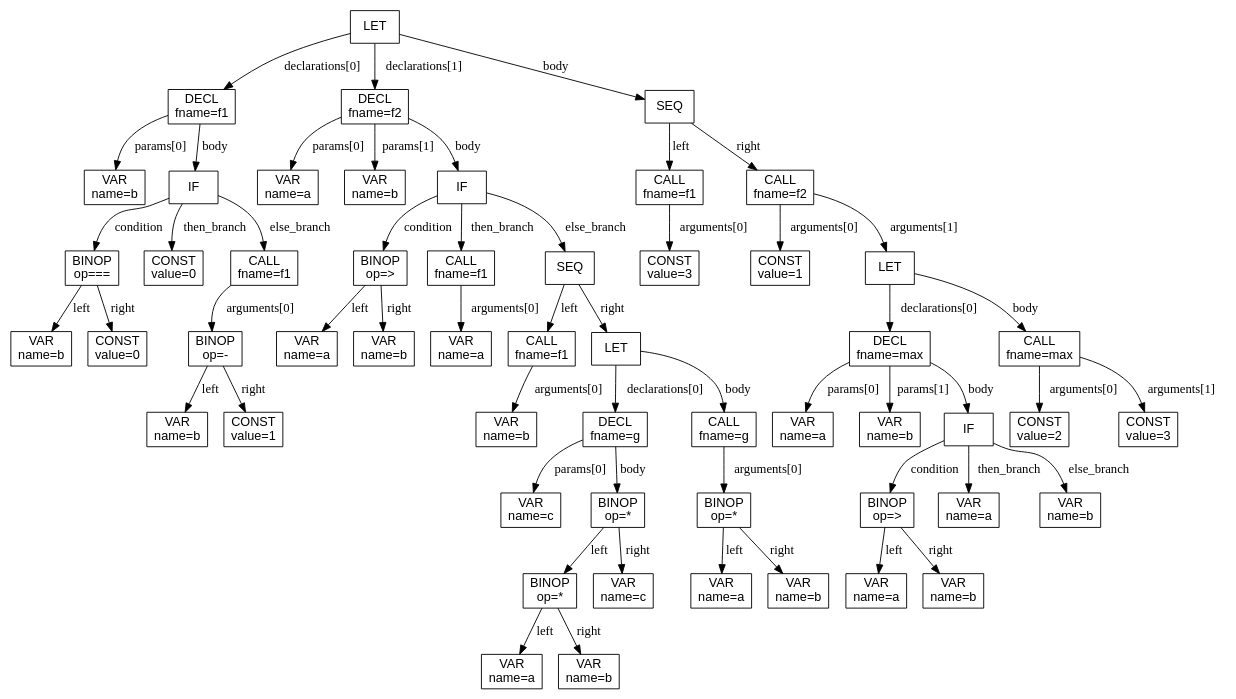
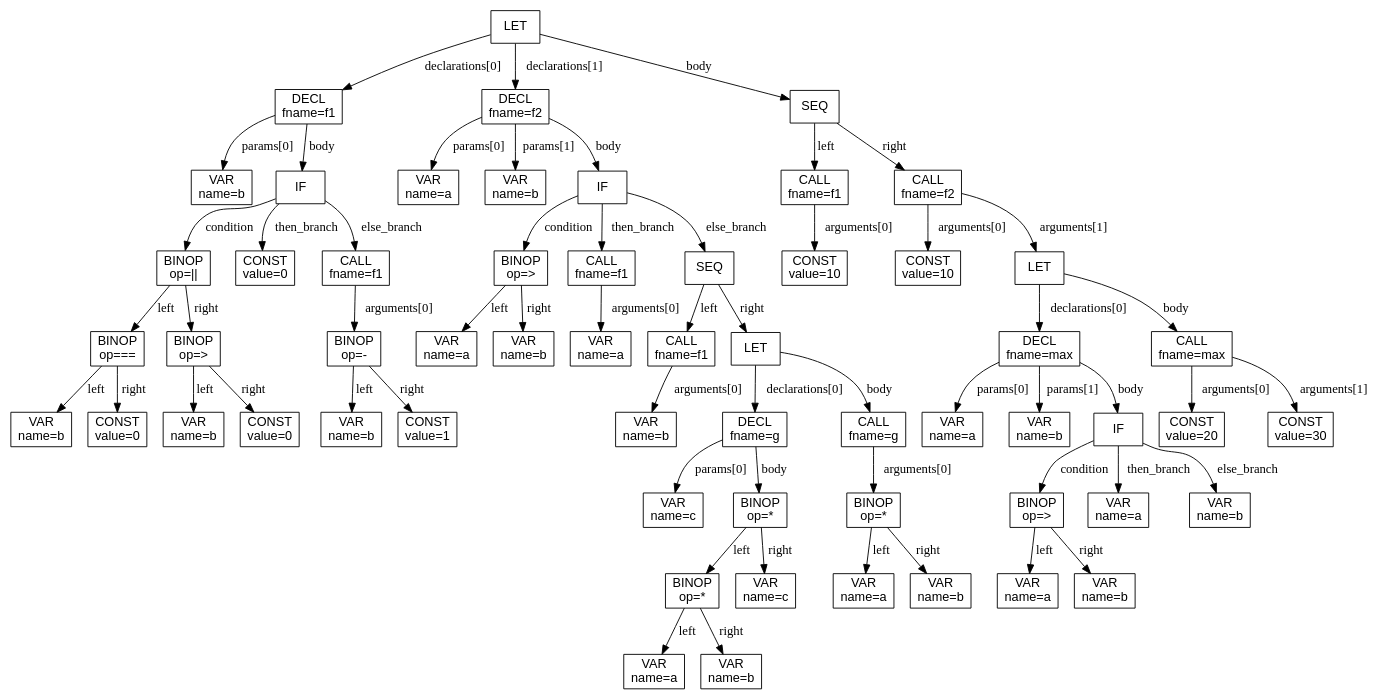
The diagram in Universität/Übersetzung und Analyse von Programmen/Projekte/Projekt_3/uap25_pro3_python/dotFiles/complex.ast.dot (mjanssen0212-spec/private), drawn with Graphviz before and after one commit. The commit also changed 7 other files, not shown here.

```diff
--- a/Universität/Übersetzung und Analyse von Programmen/Projekte/Projekt_3/uap25_pro3_python/dotFiles/complex.ast.dot
+++ b/Universität/Übersetzung und Analyse von Programmen/Projekte/Projekt_3/uap25_pro3_python/dotFiles/complex.ast.dot
@@ -1,110 +1,118 @@
 digraph AST {
   node [shape=box, fontname="Arial"];
   n0 [label="LET"];
   n1 [label="DECL\nfname=f1"];
   n2 [label="VAR\nname=b"];
   n1 -> n2 [label="params[0]"];
   n3 [label="IF"];
-  n4 [label="BINOP\nop==="];
-  n5 [label="VAR\nname=b"];
+  n4 [label="BINOP\nop=||"];
+  n5 [label="BINOP\nop==="];
+  n6 [label="VAR\nname=b"];
+  n5 -> n6 [label="left"];
+  n7 [label="CONST\nvalue=0"];
+  n5 -> n7 [label="right"];
   n4 -> n5 [label="left"];
-  n6 [label="CONST\nvalue=0"];
-  n4 -> n6 [label="right"];
+  n8 [label="BINOP\nop=&gt;"];
+  n9 [label="VAR\nname=b"];
+  n8 -> n9 [label="left"];
+  n10 [label="CONST\nvalue=0"];
+  n8 -> n10 [label="right"];
+  n4 -> n8 [label="right"];
   n3 -> n4 [label="condition"];
-  n7 [label="CONST\nvalue=0"];
-  n3 -> n7 [label="then_branch"];
-  n8 [label="CALL\nfname=f1"];
-  n9 [label="BINOP\nop=-"];
-  n10 [label="VAR\nname=b"];
-  n9 -> n10 [label="left"];
-  n11 [label="CONST\nvalue=1"];
-  n9 -> n11 [label="right"];
-  n8 -> n9 [label="arguments[0]"];
-  n3 -> n8 [label="else_branch"];
+  n11 [label="CONST\nvalue=0"];
+  n3 -> n11 [label="then_branch"];
+  n12 [label="CALL\nfname=f1"];
+  n13 [label="BINOP\nop=-"];
+  n14 [label="VAR\nname=b"];
+  n13 -> n14 [label="left"];
+  n15 [label="CONST\nvalue=1"];
+  n13 -> n15 [label="right"];
+  n12 -> n13 [label="arguments[0]"];
+  n3 -> n12 [label="else_branch"];
   n1 -> n3 [label="body"];
   n0 -> n1 [label="declarations[0]"];
-  n12 [label="DECL\nfname=f2"];
-  n13 [label="VAR\nname=a"];
-  n12 -> n13 [label="params[0]"];
-  n14 [label="VAR\nname=b"];
-  n12 -> n14 [label="params[1]"];
-  n15 [label="IF"];
-  n16 [label="BINOP\nop=&gt;"];
+  n16 [label="DECL\nfname=f2"];
   n17 [label="VAR\nname=a"];
-  n16 -> n17 [label="left"];
+  n16 -> n17 [label="params[0]"];
   n18 [label="VAR\nname=b"];
-  n16 -> n18 [label="right"];
-  n15 -> n16 [label="condition"];
-  n19 [label="CALL\nfname=f1"];
-  n20 [label="VAR\nname=a"];
-  n19 -> n20 [label="arguments[0]"];
-  n15 -> n19 [label="then_branch"];
-  n21 [label="SEQ"];
-  n22 [label="CALL\nfname=f1"];
-  n23 [label="VAR\nname=b"];
-  n22 -> n23 [label="arguments[0]"];
-  n21 -> n22 [label="left"];
-  n24 [label="LET"];
-  n25 [label="DECL\nfname=g"];
-  n26 [label="VAR\nname=c"];
-  n25 -> n26 [label="params[0]"];
-  n27 [label="BINOP\nop=*"];
-  n28 [label="BINOP\nop=*"];
-  n29 [label="VAR\nname=a"];
-  n28 -> n29 [label="left"];
-  n30 [label="VAR\nname=b"];
-  n28 -> n30 [label="right"];
-  n27 -> n28 [label="left"];
-  n31 [label="VAR\nname=c"];
-  n27 -> n31 [label="right"];
-  n25 -> n27 [label="body"];
-  n24 -> n25 [label="declarations[0]"];
-  n32 [label="CALL\nfname=g"];
-  n33 [label="BINOP\nop=*"];
-  n34 [label="VAR\nname=a"];
-  n33 -> n34 [label="left"];
-  n35 [label="VAR\nname=b"];
-  n33 -> n35 [label="right"];
-  n32 -> n33 [label="arguments[0]"];
-  n24 -> n32 [label="body"];
-  n21 -> n24 [label="right"];
-  n15 -> n21 [label="else_branch"];
-  n12 -> n15 [label="body"];
-  n0 -> n12 [label="declarations[1]"];
-  n36 [label="SEQ"];
-  n37 [label="CALL\nfname=f1"];
-  n38 [label="CONST\nvalue=3"];
-  n37 -> n38 [label="arguments[0]"];
-  n36 -> n37 [label="left"];
-  n39 [label="CALL\nfname=f2"];
-  n40 [label="CONST\nvalue=1"];
-  n39 -> n40 [label="arguments[0]"];
-  n41 [label="LET"];
-  n42 [label="DECL\nfname=max"];
-  n43 [label="VAR\nname=a"];
-  n42 -> n43 [label="params[0]"];
-  n44 [label="VAR\nname=b"];
-  n42 -> n44 [label="params[1]"];
-  n45 [label="IF"];
-  n46 [label="BINOP\nop=&gt;"];
+  n16 -> n18 [label="params[1]"];
+  n19 [label="IF"];
+  n20 [label="BINOP\nop=&gt;"];
+  n21 [label="VAR\nname=a"];
+  n20 -> n21 [label="left"];
+  n22 [label="VAR\nname=b"];
+  n20 -> n22 [label="right"];
+  n19 -> n20 [label="condition"];
+  n23 [label="CALL\nfname=f1"];
+  n24 [label="VAR\nname=a"];
+  n23 -> n24 [label="arguments[0]"];
+  n19 -> n23 [label="then_branch"];
+  n25 [label="SEQ"];
+  n26 [label="CALL\nfname=f1"];
+  n27 [label="VAR\nname=b"];
+  n26 -> n27 [label="arguments[0]"];
+  n25 -> n26 [label="left"];
+  n28 [label="LET"];
+  n29 [label="DECL\nfname=g"];
+  n30 [label="VAR\nname=c"];
+  n29 -> n30 [label="params[0]"];
+  n31 [label="BINOP\nop=*"];
+  n32 [label="BINOP\nop=*"];
+  n33 [label="VAR\nname=a"];
+  n32 -> n33 [label="left"];
+  n34 [label="VAR\nname=b"];
+  n32 -> n34 [label="right"];
+  n31 -> n32 [label="left"];
+  n35 [label="VAR\nname=c"];
+  n31 -> n35 [label="right"];
+  n29 -> n31 [label="body"];
+  n28 -> n29 [label="declarations[0]"];
+  n36 [label="CALL\nfname=g"];
+  n37 [label="BINOP\nop=*"];
+  n38 [label="VAR\nname=a"];
+  n37 -> n38 [label="left"];
+  n39 [label="VAR\nname=b"];
+  n37 -> n39 [label="right"];
+  n36 -> n37 [label="arguments[0]"];
+  n28 -> n36 [label="body"];
+  n25 -> n28 [label="right"];
+  n19 -> n25 [label="else_branch"];
+  n16 -> n19 [label="body"];
+  n0 -> n16 [label="declarations[1]"];
+  n40 [label="SEQ"];
+  n41 [label="CALL\nfname=f1"];
+  n42 [label="CONST\nvalue=10"];
+  n41 -> n42 [label="arguments[0]"];
+  n40 -> n41 [label="left"];
+  n43 [label="CALL\nfname=f2"];
+  n44 [label="CONST\nvalue=10"];
+  n43 -> n44 [label="arguments[0]"];
+  n45 [label="LET"];
+  n46 [label="DECL\nfname=max"];
   n47 [label="VAR\nname=a"];
-  n46 -> n47 [label="left"];
+  n46 -> n47 [label="params[0]"];
   n48 [label="VAR\nname=b"];
-  n46 -> n48 [label="right"];
-  n45 -> n46 [label="condition"];
-  n49 [label="VAR\nname=a"];
-  n45 -> n49 [label="then_branch"];
-  n50 [label="VAR\nname=b"];
-  n45 -> n50 [label="else_branch"];
-  n42 -> n45 [label="body"];
-  n41 -> n42 [label="declarations[0]"];
-  n51 [label="CALL\nfname=max"];
-  n52 [label="CONST\nvalue=2"];
-  n51 -> n52 [label="arguments[0]"];
-  n53 [label="CONST\nvalue=3"];
-  n51 -> n53 [label="arguments[1]"];
-  n41 -> n51 [label="body"];
-  n39 -> n41 [label="arguments[1]"];
-  n36 -> n39 [label="right"];
-  n0 -> n36 [label="body"];
+  n46 -> n48 [label="params[1]"];
+  n49 [label="IF"];
+  n50 [label="BINOP\nop=&gt;"];
+  n51 [label="VAR\nname=a"];
+  n50 -> n51 [label="left"];
+  n52 [label="VAR\nname=b"];
+  n50 -> n52 [label="right"];
+  n49 -> n50 [label="condition"];
+  n53 [label="VAR\nname=a"];
+  n49 -> n53 [label="then_branch"];
+  n54 [label="VAR\nname=b"];
+  n49 -> n54 [label="else_branch"];
+  n46 -> n49 [label="body"];
+  n45 -> n46 [label="declarations[0]"];
+  n55 [label="CALL\nfname=max"];
+  n56 [label="CONST\nvalue=20"];
+  n55 -> n56 [label="arguments[0]"];
+  n57 [label="CONST\nvalue=30"];
+  n55 -> n57 [label="arguments[1]"];
+  n45 -> n55 [label="body"];
+  n43 -> n45 [label="arguments[1]"];
+  n40 -> n43 [label="right"];
+  n0 -> n40 [label="body"];
 }
```
